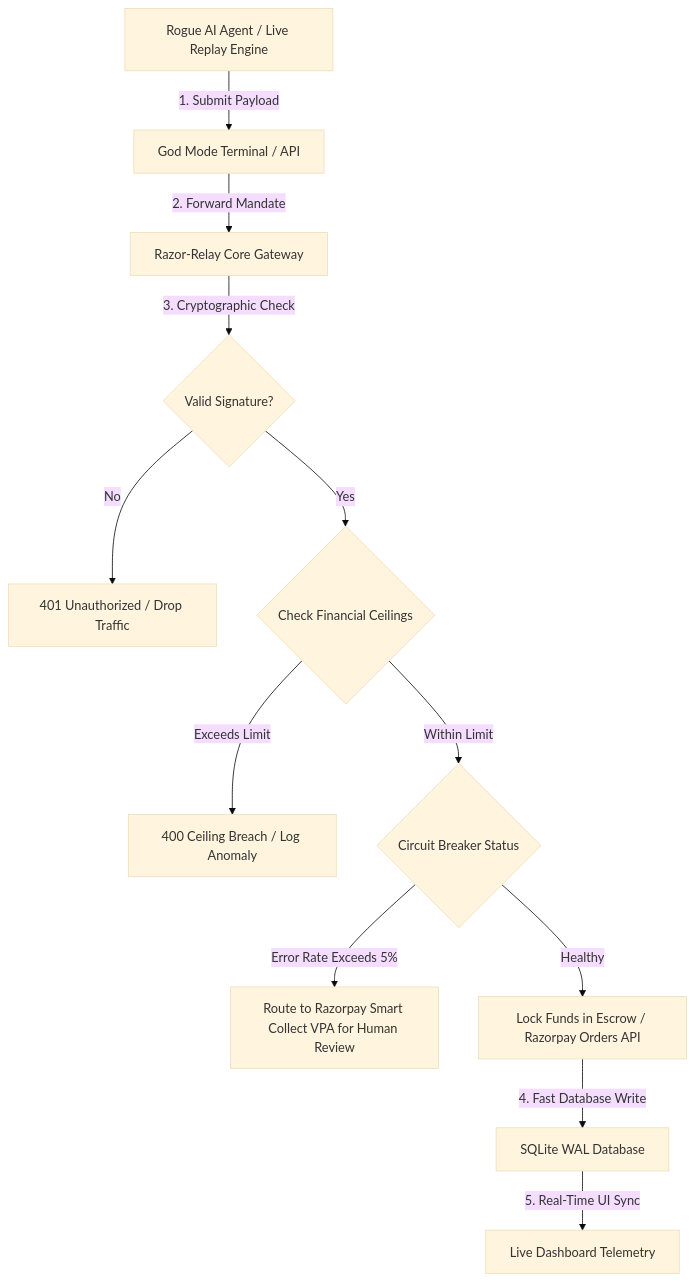
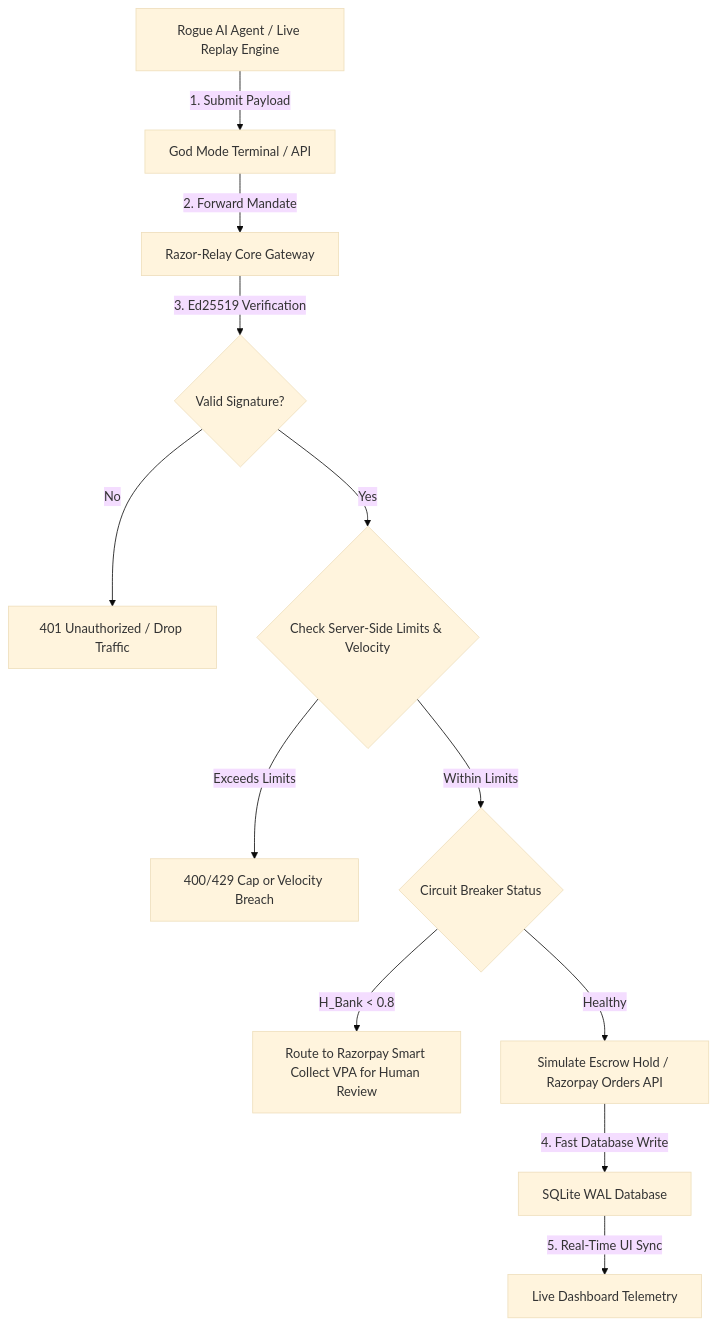
Before and after one commit to MaybeSomeone-arc18/Razor-Relay: the diagram in README.md, drawn with Mermaid (base theme). The commit also changed other lines of this file and 6 other files, not shown here.

Commit message:
Implement Zero-Trust Overhaul: Ed25519 signatures and server-side limits

````diff
--- a/README.md
+++ b/README.md
@@ -29,14 +29,14 @@
 ```mermaid
 graph TD
     A[Rogue AI Agent / Live Replay Engine] -->|1. Submit Payload| B[God Mode Terminal / API]
     B -->|2. Forward Mandate| C[Razor-Relay Core Gateway]
-    C -->|3. Cryptographic Check| D{Valid Signature?}
+    C -->|3. Ed25519 Verification| D{Valid Signature?}
     D -->|No| E[401 Unauthorized / Drop Traffic]
-    D -->|Yes| F{Check Financial Ceilings}
-    F -->|Exceeds Limit| G[400 Ceiling Breach / Log Anomaly]
-    F -->|Within Limit| H{Circuit Breaker Status}
-    H -->|Error Rate Exceeds 5%| I[Route to Razorpay Smart Collect VPA for Human Review]
-    H -->|Healthy| J[Lock Funds in Escrow / Razorpay Orders API]
+    D -->|Yes| F{Check Server-Side Limits & Velocity}
+    F -->|Exceeds Limits| G[400/429 Cap or Velocity Breach]
+    F -->|Within Limits| H{Circuit Breaker Status}
+    H -->|H_Bank < 0.8| I[Route to Razorpay Smart Collect VPA for Human Review]
+    H -->|Healthy| J[Simulate Escrow Hold / Razorpay Orders API]
     J -->|4. Fast Database Write| K[SQLite WAL Database]
     K -->|5. Real-Time UI Sync| L[Live Dashboard Telemetry]
 ```
````
